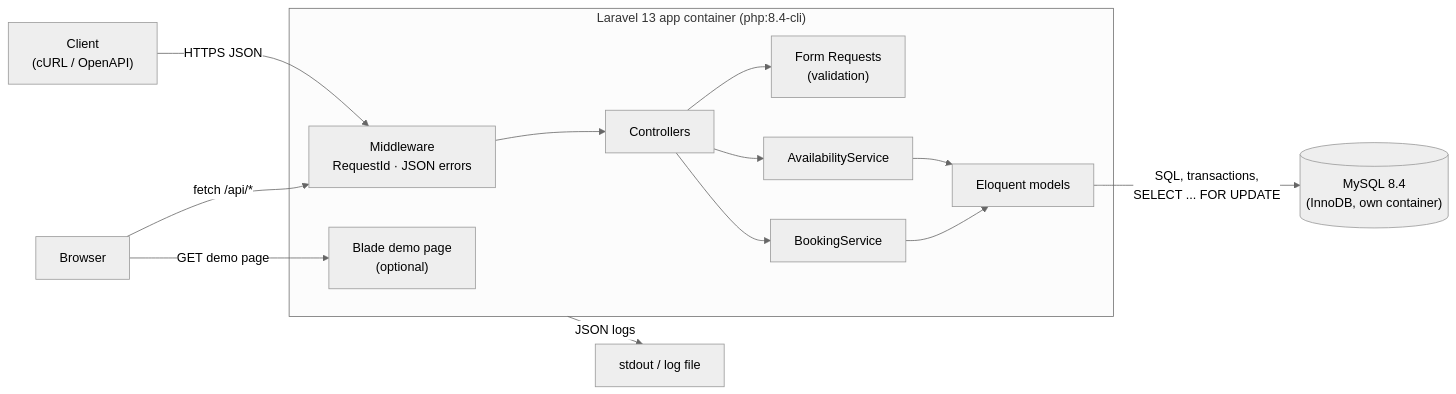
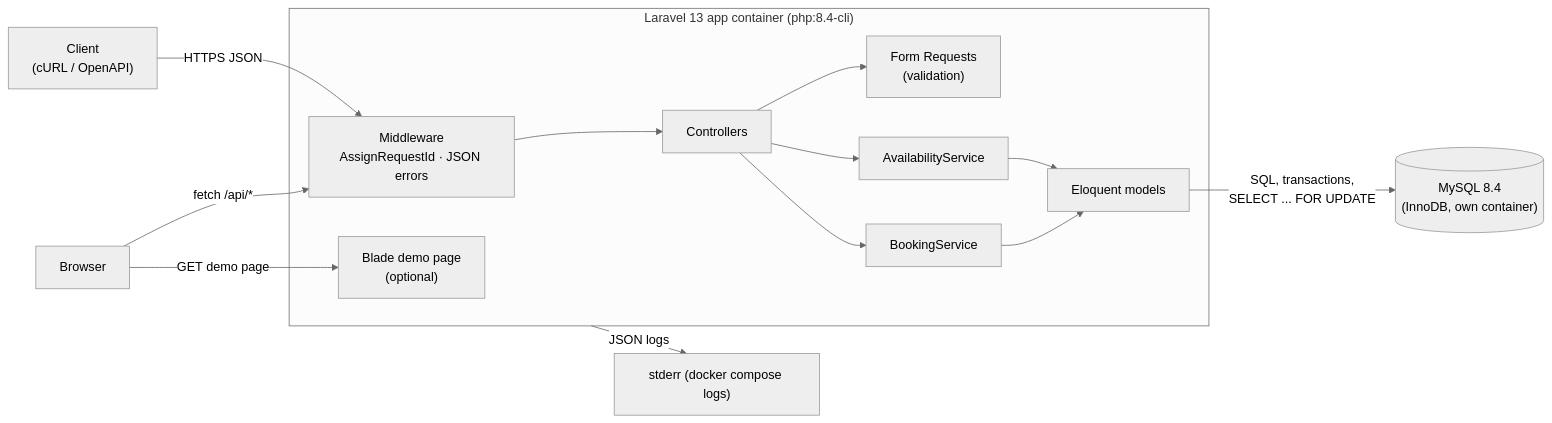
One commit to Truongpyeo/keyloop-service-scheduler changed the first of 3 diagrams in docs/DESIGN.md. Above: the diagram before and after it, drawn with Mermaid (neutral theme). The commit also changed other lines of this file and 29 other files, not shown here.

````diff
--- a/docs/DESIGN.md
+++ b/docs/DESIGN.md
@@ -24,17 +24,17 @@
 ```mermaid
 flowchart LR
     Client["Client<br/>(cURL / OpenAPI)"] -->|HTTPS JSON| MW
     Browser["Browser"] -->|GET demo page| Demo
     Browser -->|fetch /api/*| MW
     subgraph App["Laravel 13 app container (php:8.4-cli)"]
         Demo["Blade demo page<br/>(optional)"]
-        MW["Middleware<br/>RequestId · JSON errors"] --> C["Controllers"]
+        MW["Middleware<br/>AssignRequestId · JSON errors"] --> C["Controllers"]
         C --> FR["Form Requests<br/>(validation)"]
         C --> AS["AvailabilityService"]
         C --> BS["BookingService"]
         AS --> M["Eloquent models"]
         BS --> M
     end
     M -->|SQL, transactions,<br/>SELECT ... FOR UPDATE| DB[("MySQL 8.4<br/>(InnoDB, own container)")]
-    App -->|JSON logs| Out["stdout / log file"]
+    App -->|JSON logs| Out["stderr (docker compose logs)"]
 ```
````
